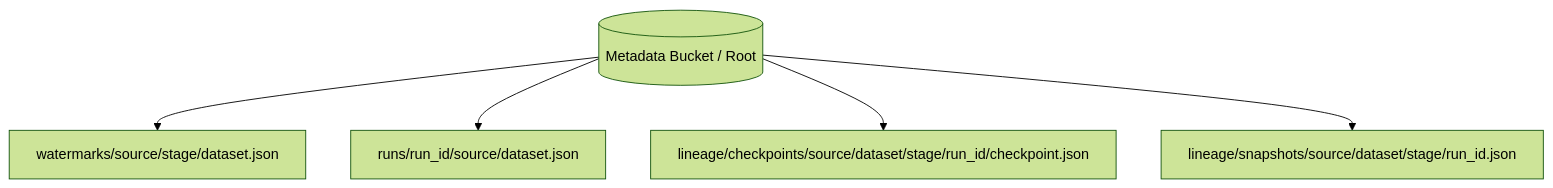
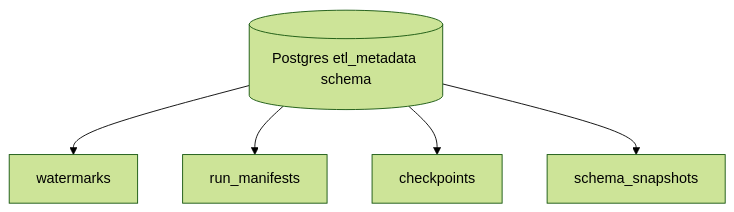
Before and after one commit to KayvanShah1/b2b-ecommerce-platform: the second of 3 diagrams in b2b_ec_etl/ETL.md, drawn with Mermaid (forest theme). The commit also changed other lines of this file and 20 other files, not shown here.

````diff
--- a/b2b_ec_etl/ETL.md
+++ b/b2b_ec_etl/ETL.md
@@ -85,8 +85,8 @@
 ```mermaid
 flowchart TD
-    MB[(Metadata Bucket / Root)]
-    MB --> W1[watermarks/source/stage/dataset.json]
-    MB --> R1[runs/run_id/source/dataset.json]
-    MB --> L1[lineage/checkpoints/source/dataset/stage/run_id/checkpoint.json]
-    MB --> L2[lineage/snapshots/source/dataset/stage/run_id.json]
+    DB[(Postgres etl_metadata schema)]
+    DB --> W1[watermarks]
+    DB --> R1[run_manifests]
+    DB --> C1[checkpoints]
+    DB --> S1[schema_snapshots]
 ```
````
